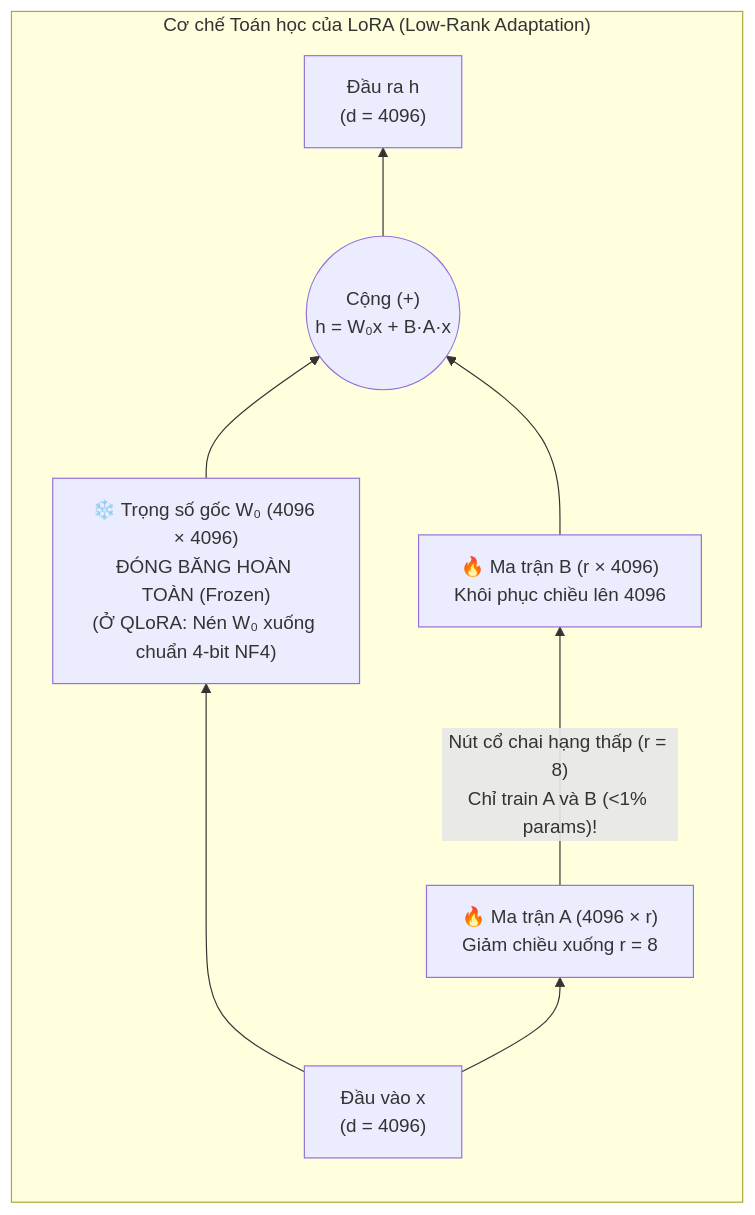
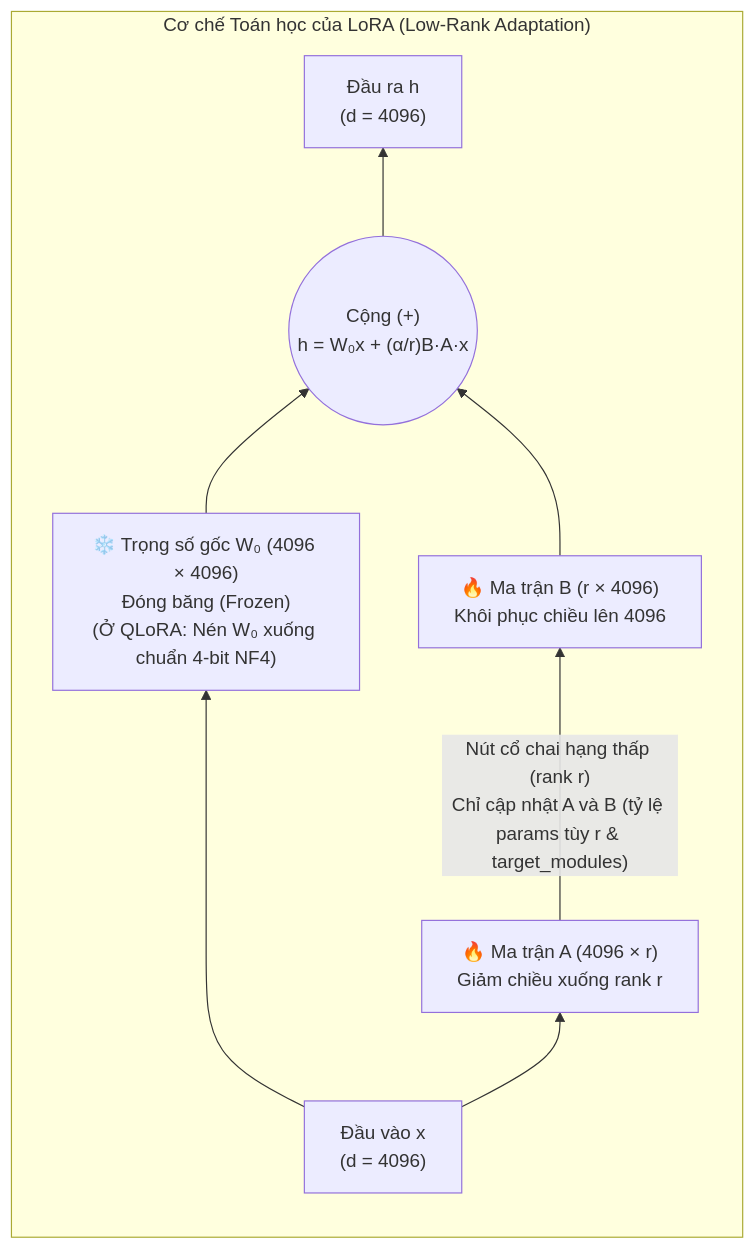
One commit to nxthanh2904/nca-genl changed the fourth of 4 diagrams in Module_06_Model_Customization.md. Above: the diagram before and after it, drawn with Mermaid. The commit also changed other lines of this file and 14 other files, not shown here.

````diff
--- a/Module_06_Model_Customization.md
+++ b/Module_06_Model_Customization.md
@@ -155,19 +164,19 @@
 ```mermaid
 flowchart LR
     subgraph LoRA_Diagram["Cơ chế Toán học của LoRA (Low-Rank Adaptation)"]
         direction BT
         Input_X["Đầu vào x<br/>(d = 4096)"]
         
-        Frozen_W["❄️ Trọng số gốc W₀ (4096 × 4096)<br/>ĐÓNG BĂNG HOÀN TOÀN (Frozen)<br/>(Ở QLoRA: Nén W₀ xuống chuẩn 4-bit NF4)"]
+        Frozen_W["❄️ Trọng số gốc W₀ (4096 × 4096)<br/>Đóng băng (Frozen)<br/>(Ở QLoRA: Nén W₀ xuống chuẩn 4-bit NF4)"]
         
-        Mat_A["🔥 Ma trận A (4096 × r)<br/>Giảm chiều xuống r = 8"]
+        Mat_A["🔥 Ma trận A (4096 × r)<br/>Giảm chiều xuống rank r"]
         Mat_B["🔥 Ma trận B (r × 4096)<br/>Khôi phục chiều lên 4096"]
         
-        Sum(("Cộng (+)<br/>h = W₀x + B·A·x"))
+        Sum(("Cộng (+)<br/>h = W₀x + (α/r)B·A·x"))
         Output_H["Đầu ra h<br/>(d = 4096)"]
 
         Input_X --> Frozen_W --> Sum
-        Input_X --> Mat_A -->|"Nút cổ chai hạng thấp (r = 8)<br/>Chỉ train A và B (<1% params)!"| Mat_B --> Sum
+        Input_X --> Mat_A -->|"Nút cổ chai hạng thấp (rank r)<br/>Chỉ cập nhật A và B (tỷ lệ params tùy r & target_modules)"| Mat_B --> Sum
         Sum --> Output_H
     end
 ```
````
